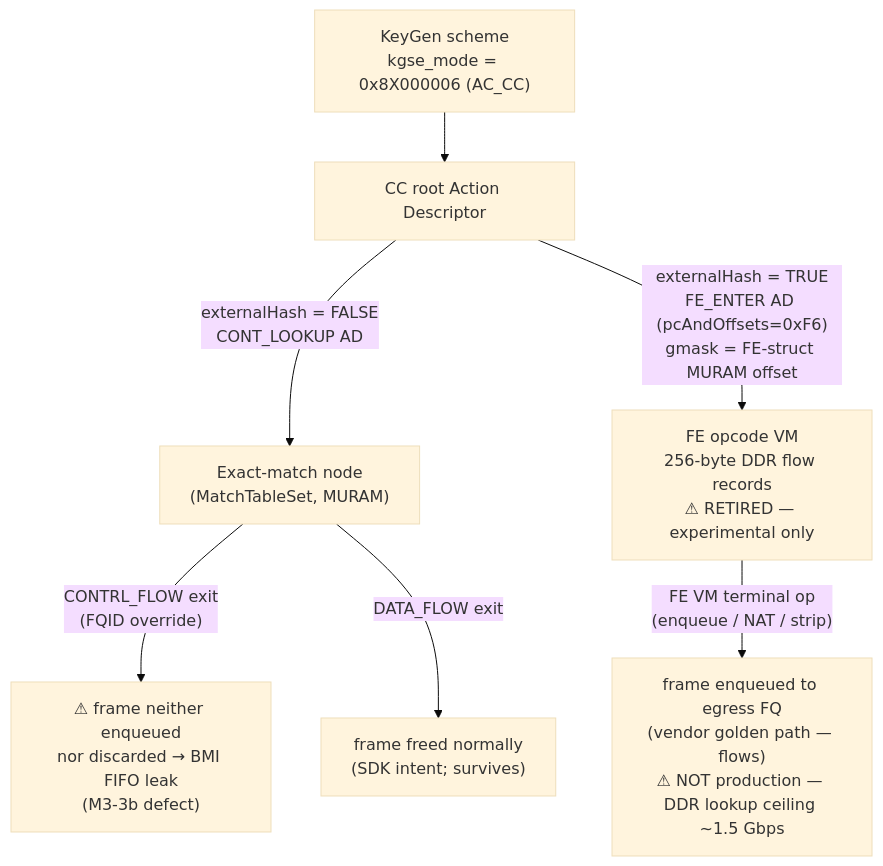
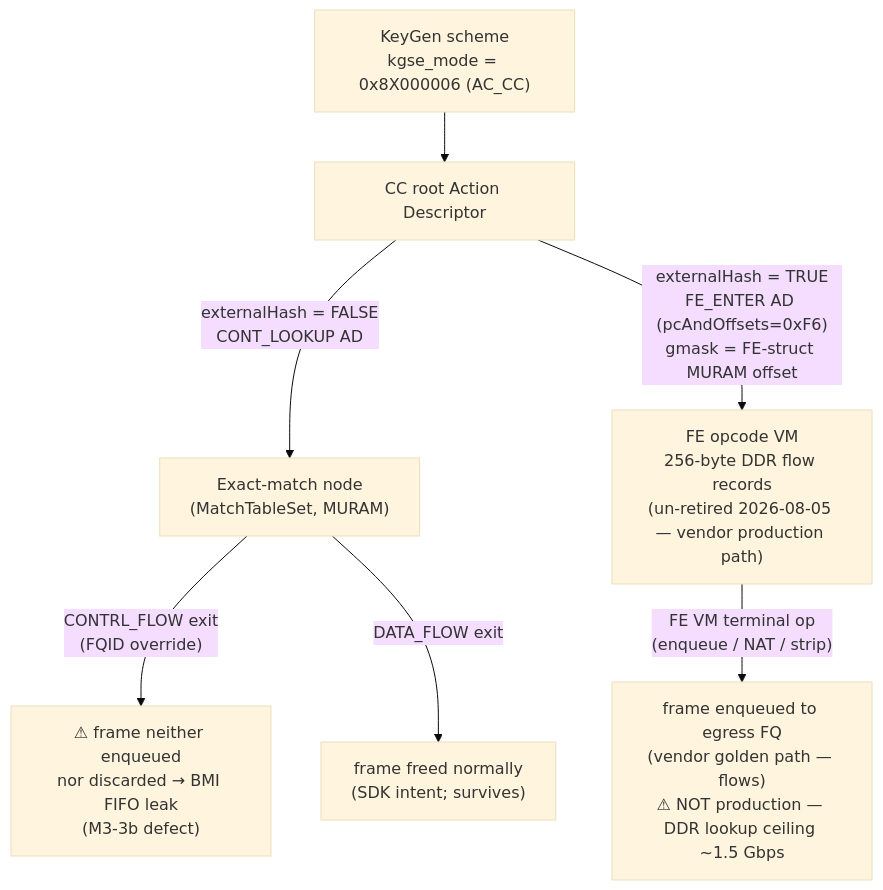
The diagram in arch/fman-fe-ehash.md (Daegara/vyos-ls1046a-build), drawn with Mermaid (base theme) before and after one commit. The commit also changed other lines of this file and 23 other files, not shown here.

````diff
--- a/arch/fman-fe-ehash.md
+++ b/arch/fman-fe-ehash.md
@@ -48,9 +48,9 @@
 ```mermaid
 flowchart TD
     KG["KeyGen scheme<br/>kgse_mode = 0x8X000006 (AC_CC)"] --> ROOT[CC root Action Descriptor]
     ROOT -->|"externalHash = FALSE<br/>CONT_LOOKUP AD"| EM["Exact-match node<br/>(MatchTableSet, MURAM)"]
-    ROOT -->|"externalHash = TRUE<br/>FE_ENTER AD (pcAndOffsets=0xF6)<br/>gmask = FE-struct MURAM offset"| FE["FE opcode VM<br/>256-byte DDR flow records<br/>⚠ RETIRED — experimental only"]
+    ROOT -->|"externalHash = TRUE<br/>FE_ENTER AD (pcAndOffsets=0xF6)<br/>gmask = FE-struct MURAM offset"| FE["FE opcode VM<br/>256-byte DDR flow records<br/>(un-retired 2026-08-05 — vendor production path)"]
     EM -->|"CONTRL_FLOW exit<br/>(FQID override)"| LEAK["⚠ frame neither enqueued<br/>nor discarded → BMI FIFO leak<br/>(M3-3b defect)"]
     EM -->|"DATA_FLOW exit"| OKEM["frame freed normally<br/>(SDK intent; survives)"]
     FE -->|"FE VM terminal op<br/>(enqueue / NAT / strip)"| OKFE["frame enqueued to egress FQ<br/>(vendor golden path — flows)<br/>⚠ NOT production — DDR lookup ceiling ~1.5 Gbps"]
 ```
````
